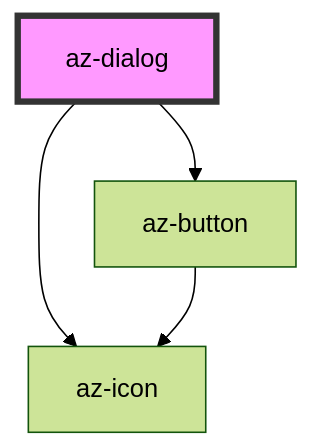
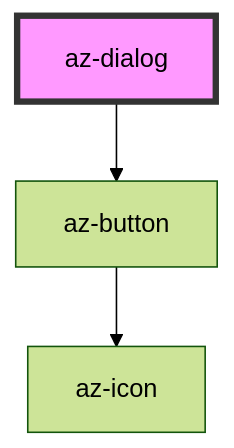
The diagram in src/components/dialog/readme.md (aztec-ui/aztec-ui), drawn with Mermaid (forest theme) before and after one commit. The commit also changed other lines of this file and 15 other files, not shown here.

````diff
--- a/src/components/dialog/readme.md
+++ b/src/components/dialog/readme.md
@@ -31,7 +71,6 @@
 ```mermaid
 graph TD;
-  az-dialog --> az-icon
   az-dialog --> az-button
   az-button --> az-icon
   style az-dialog fill:#f9f,stroke:#333,stroke-width:4px
 ```
````
